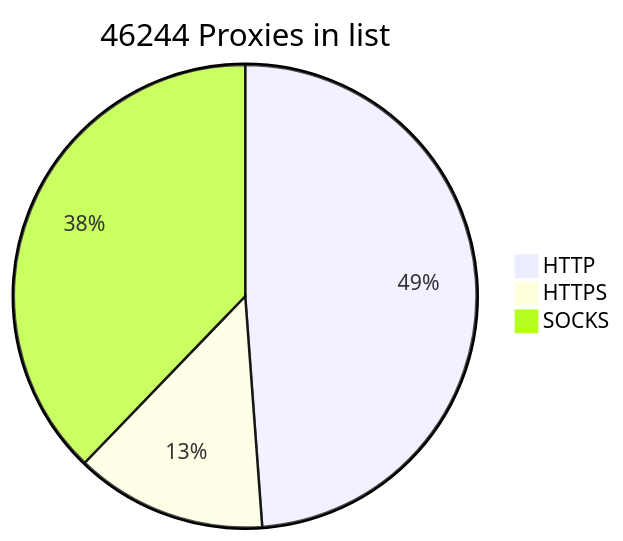
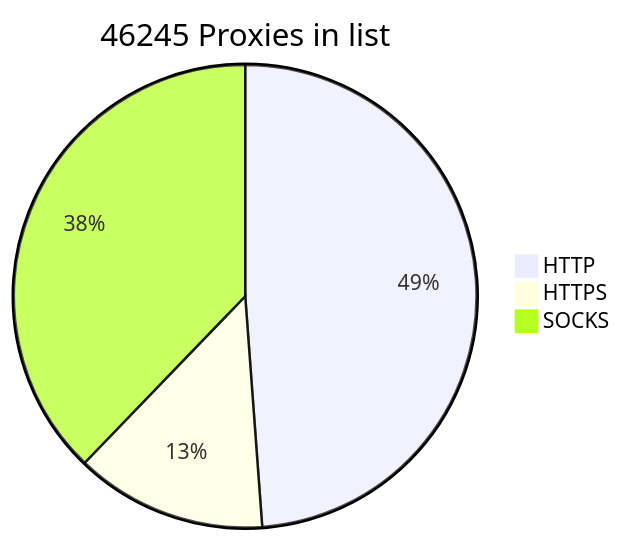
One commit to BlackSnowDot/proxylist-update-every-minute changed the diagram in README.md. Above: the diagram before and after it, drawn with Mermaid.

````diff
--- a/README.md
+++ b/README.md
@@ -2,6 +2,6 @@
 ```mermaid
-pie title 46244 Proxies in list
+pie title 46245 Proxies in list
     "HTTP" : 25123
-    "HTTPS": 6883
+    "HTTPS": 6884
     "SOCKS" : 19445
 ```
````
